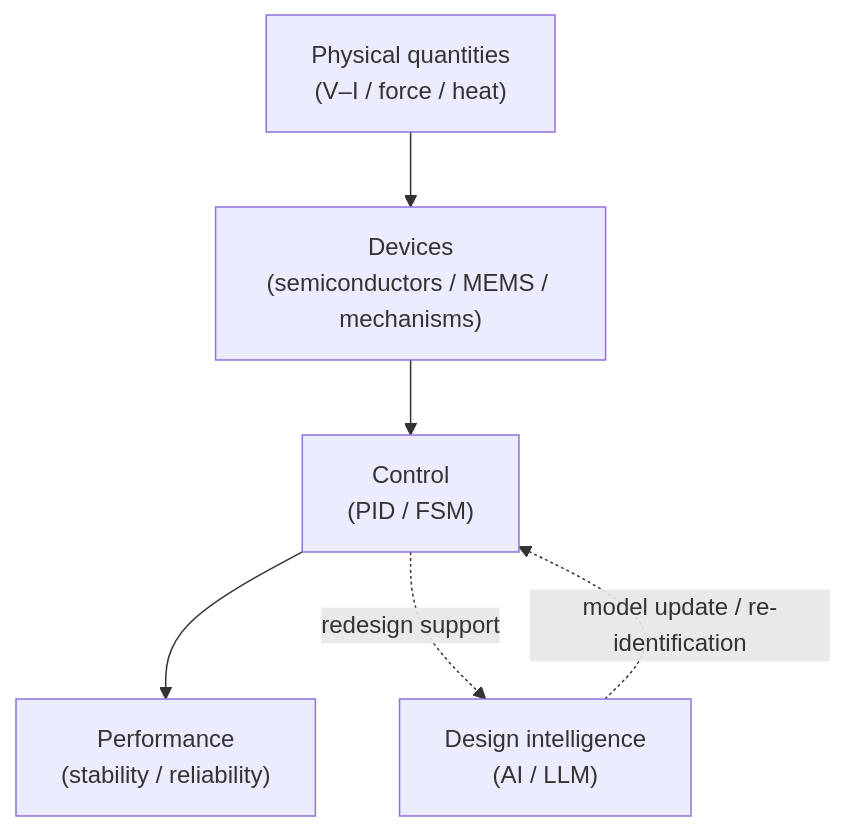
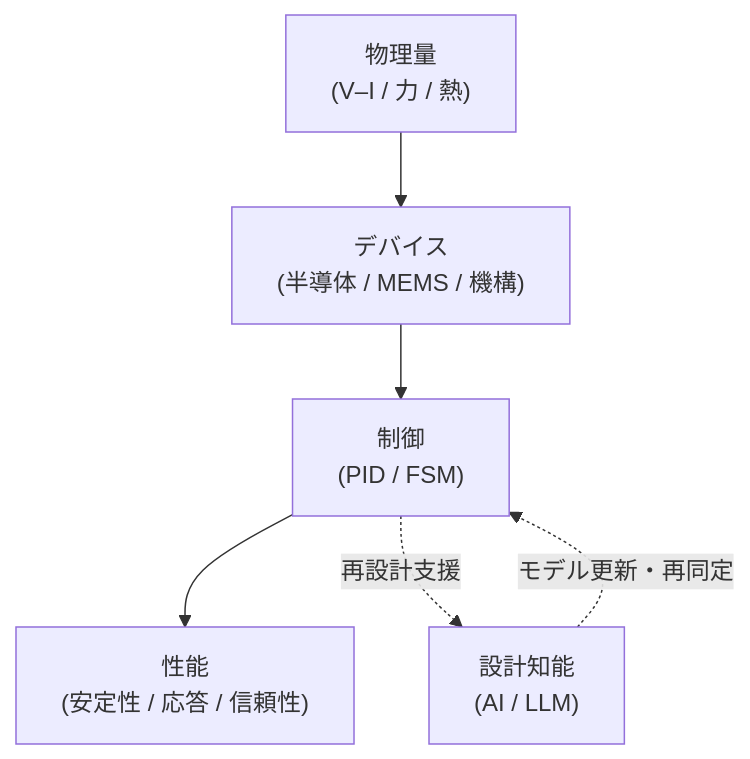
Before and after one commit to Samizo-AITL/Samizo-AITL.github.io: the diagram in en/index.md, drawn with Mermaid. The commit also changed other lines of this file, not shown here.

````diff
--- a/en/index.md
+++ b/en/index.md
@@ -42,14 +30,14 @@
 ```mermaid
 flowchart TD
-    P["Physical quantities<br>(V–I / force / heat)"]
-    D["Devices<br>(semiconductors / MEMS / mechanisms)"]
-    C["Control<br>(PID / FSM)"]
-    A["Design intelligence<br>(AI / LLM)"]
-    S["Performance<br>(stability / reliability)"]
+    P["物理量<br>(V–I / 力 / 熱)"]
+    D["デバイス<br>(半導体 / MEMS / 機構)"]
+    C["制御<br>(PID / FSM)"]
+    A["設計知能<br>(AI / LLM)"]
+    S["性能<br>(安定性 / 応答 / 信頼性)"]
 
     P --> D
     D --> C
     C --> S
-    C -. redesign support .-> A
-    A -. model update / re-identification .-> C
+    C -. 再設計支援 .-> A
+    A -. モデル更新・再同定 .-> C
 ```
````
